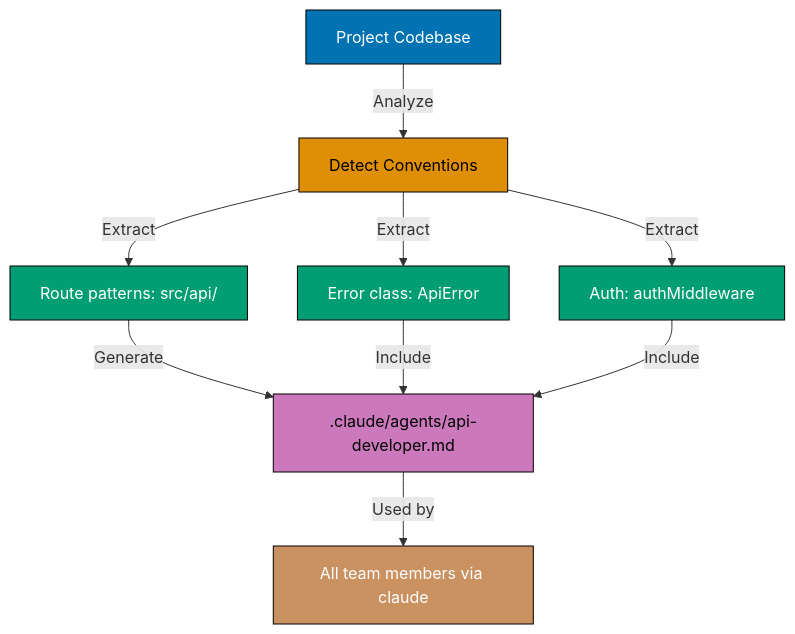
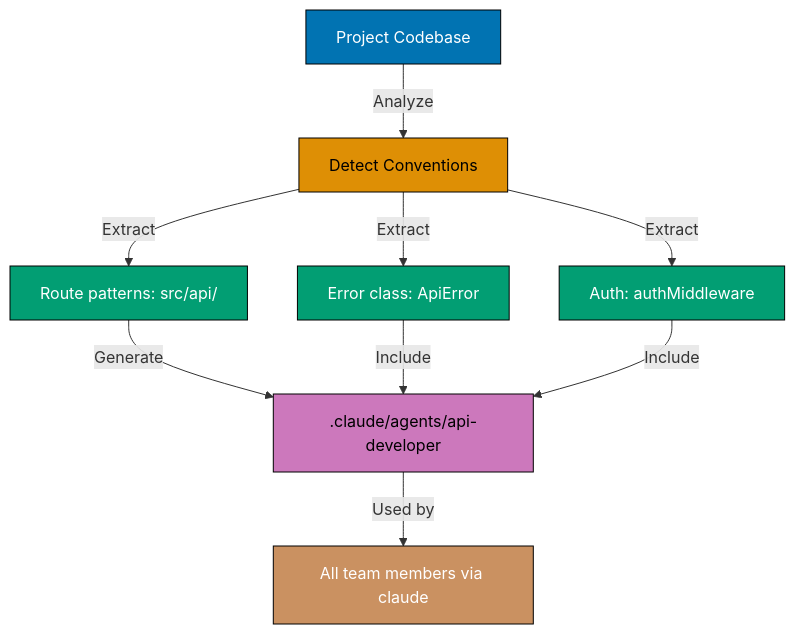
The ninth of 14 diagrams in apps/ayokoding-www/content/en/learn/artificial-intelligence/tools/claude-code/by-example/advanced.md (wahidyankf/baseerah), drawn with Mermaid before and after one commit. The commit also changed other lines of this file and 88 other files, not shown here.

First line of the commit message:
fix(ayokoding-www): resolve pre-existing Mermaid violations, exclude fixtures/plans-done

````diff
--- a/apps/ayokoding-www/content/en/learn/artificial-intelligence/tools/claude-code/by-example/advanced.md
+++ b/apps/ayokoding-www/content/en/learn/artificial-intelligence/tools/claude-code/by-example/advanced.md
@@ -934,19 +935,19 @@
 ```mermaid
 graph TD
     A[Project Codebase] -->|Analyze| B[Detect Conventions]
     B -->|Extract| C[Route patterns: src/api/]
     B -->|Extract| D[Error class: ApiError]
     B -->|Extract| E[Auth: authMiddleware]
-    C -->|Generate| F[.claude/agents/api-developer.md]
+    C -->|Generate| F[.claude/agents/api-developer]
     D -->|Include| F
     E -->|Include| F
     F -->|Used by| G[All team members via claude]
 
     style A fill:#0173B2,stroke:#000,color:#fff
     style B fill:#DE8F05,stroke:#000,color:#000
     style C fill:#029E73,stroke:#000,color:#fff
     style D fill:#029E73,stroke:#000,color:#fff
     style E fill:#029E73,stroke:#000,color:#fff
     style F fill:#CC78BC,stroke:#000,color:#000
     style G fill:#CA9161,stroke:#000,color:#fff
 ```
````
